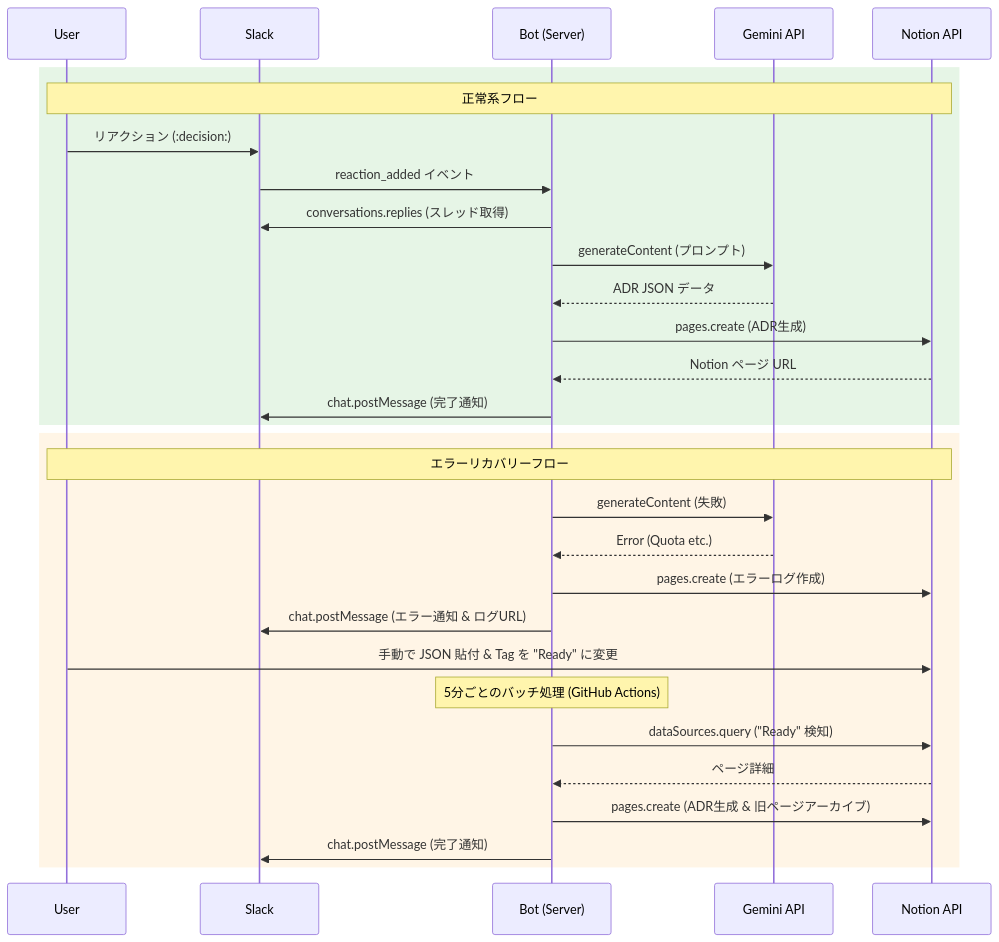
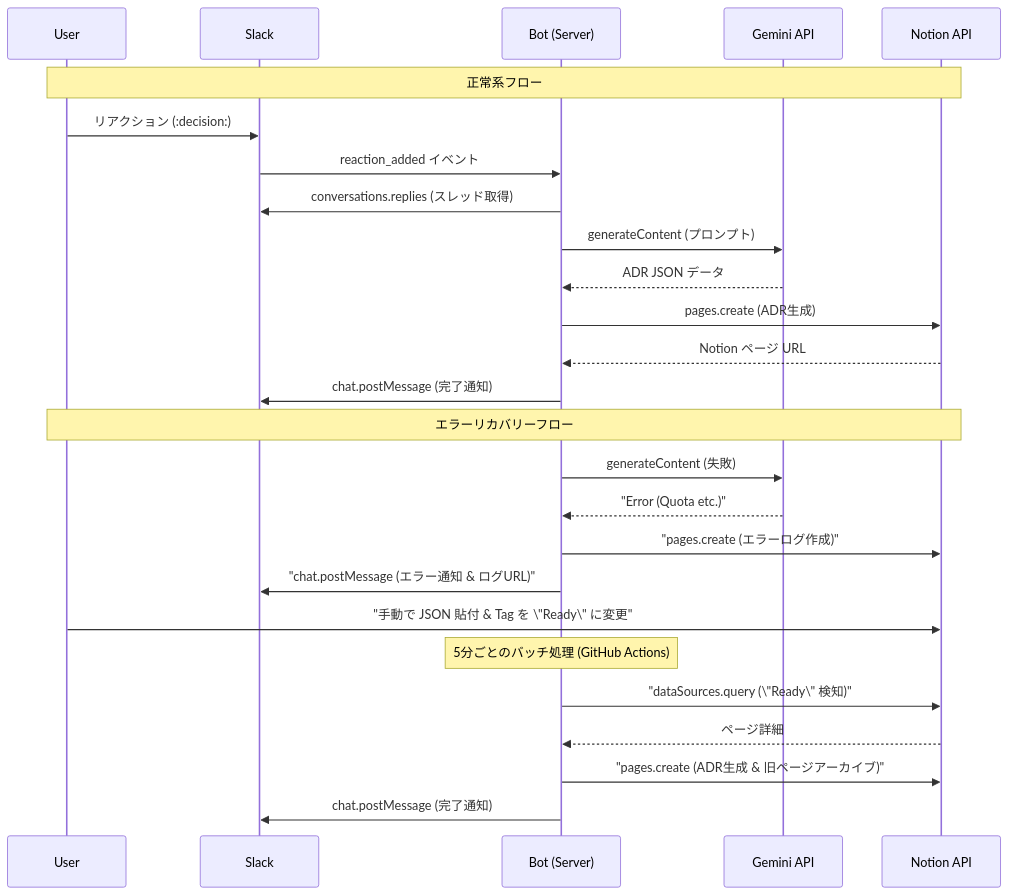
The third of 4 diagrams in ARCHITECTURE.md (Syogo-Suganoya/slackADR), drawn with Mermaid before and after one commit.

Commit message:
fix: アーキテクチャ

````diff
--- a/ARCHITECTURE.md
+++ b/ARCHITECTURE.md
@@ -74,36 +74,32 @@
 ```mermaid
 sequenceDiagram
     participant U as User
     participant S as Slack
     participant B as Bot (Server)
     participant A as Gemini API
     participant N as Notion API
 
     %% 成功ケース
-    rect rgb(230, 245, 230)
     Note over U, N: 正常系フロー
     U->>S: リアクション (:decision:)
     S->>B: reaction_added イベント
     B->>S: conversations.replies (スレッド取得)
     B->>A: generateContent (プロンプト)
     A-->>B: ADR JSON データ
     B->>N: pages.create (ADR生成)
     N-->>B: Notion ページ URL
     B->>S: chat.postMessage (完了通知)
-    end
 
-    %% エラーリカバリーケース
-    rect rgb(255, 245, 230)
+    %% エラーリカバリーフロー
     Note over U, N: エラーリカバリーフロー
     B->>A: generateContent (失敗)
-    A-->>B: Error (Quota etc.)
-    B->>N: pages.create (エラーログ作成)
-    B->>S: chat.postMessage (エラー通知 & ログURL)
-    U->>N: 手動で JSON 貼付 & Tag を "Ready" に変更
+    A-->>B: "Error (Quota etc.)"
+    B->>N: "pages.create (エラーログ作成)"
+    B->>S: "chat.postMessage (エラー通知 & ログURL)"
+    U->>N: "手動で JSON 貼付 & Tag を \"Ready\" に変更"
     Note over B: 5分ごとのバッチ処理 (GitHub Actions)
-    B->>N: dataSources.query ("Ready" 検知)
+    B->>N: "dataSources.query (\"Ready\" 検知)"
     N-->>B: ページ詳細
-    B->>N: pages.create (ADR生成 & 旧ページアーカイブ)
+    B->>N: "pages.create (ADR生成 & 旧ページアーカイブ)"
     B->>S: chat.postMessage (完了通知)
-    end
 ```
````
